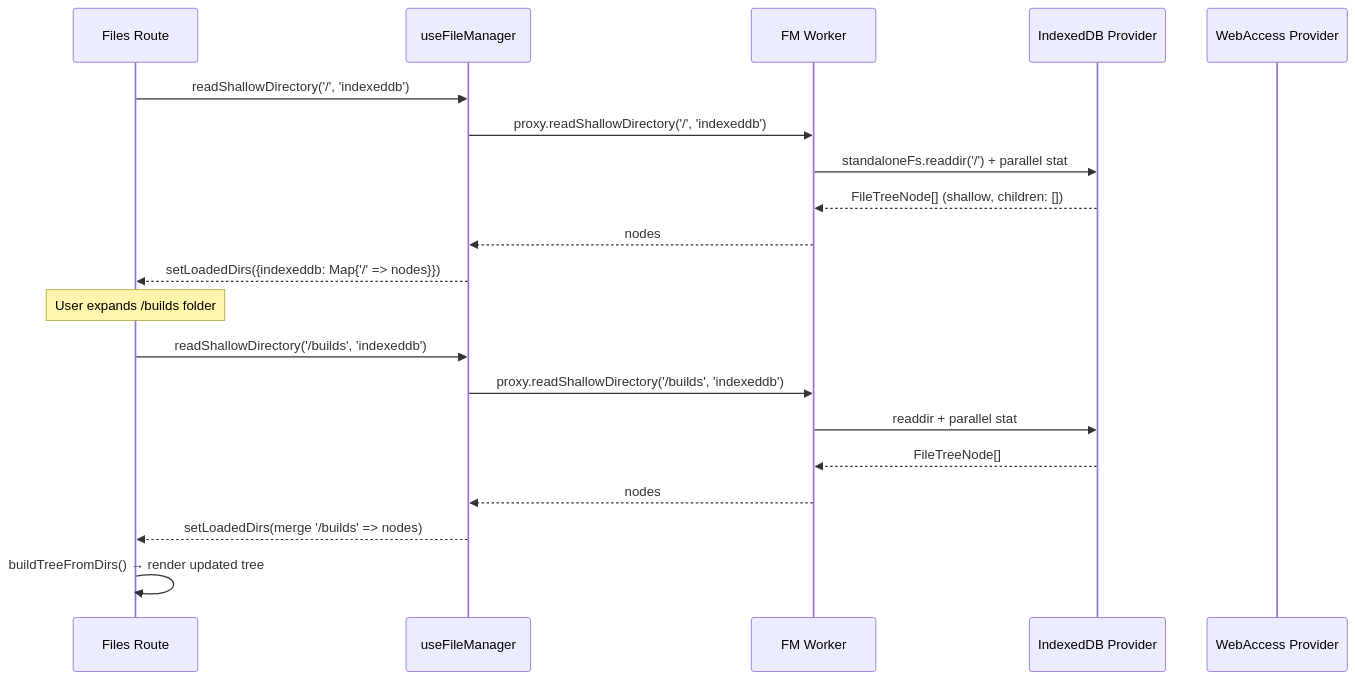
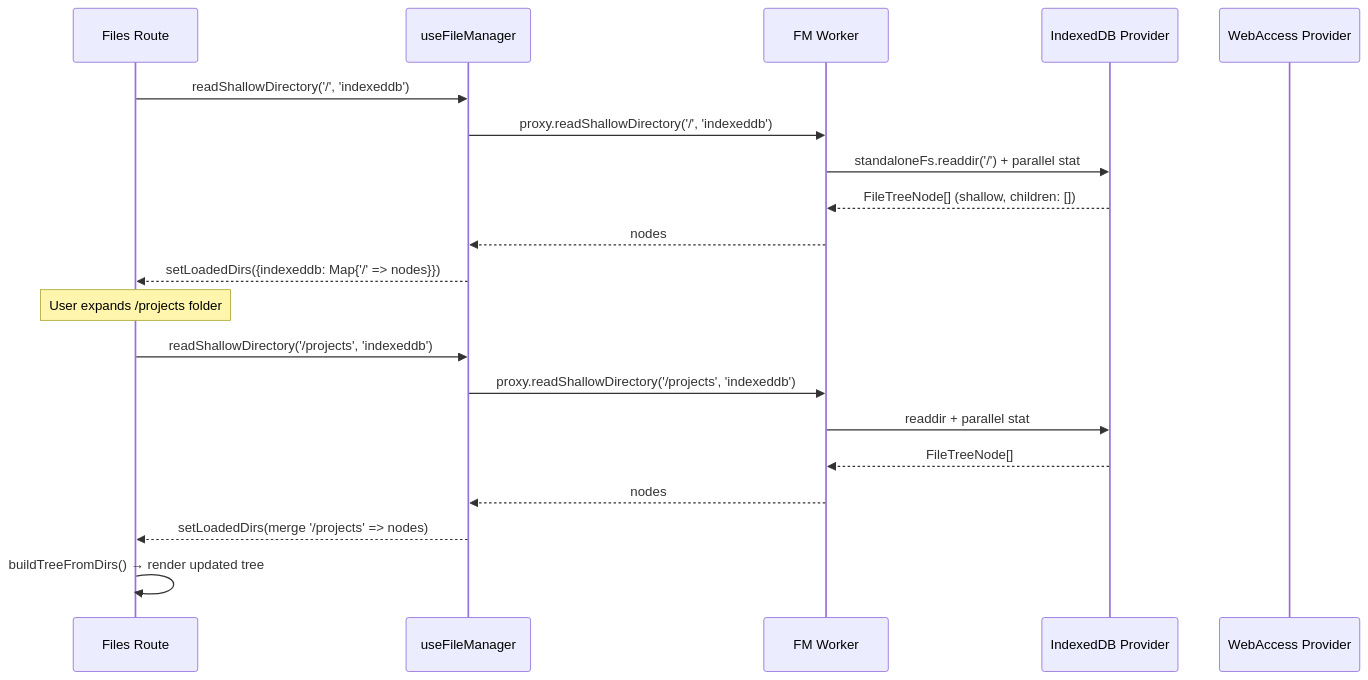
One commit to xupeiwust/tau changed the eighth of 14 diagrams in docs/research/filesystem-architecture.md. Above: the diagram before and after it, drawn with Mermaid. The commit also changed other lines of this file and 305 other files, not shown here.

Commit message:
chore(root): rename builds to projects

````diff
--- a/docs/research/filesystem-architecture.md
+++ b/docs/research/filesystem-architecture.md
@@ -379,24 +379,24 @@
 ```mermaid
 sequenceDiagram
     participant Route as Files Route
     participant Hook as useFileManager
     participant Worker as FM Worker
     participant IDB as IndexedDB Provider
     participant WA as WebAccess Provider
 
     Route->>Hook: readShallowDirectory('/', 'indexeddb')
     Hook->>Worker: proxy.readShallowDirectory('/', 'indexeddb')
     Worker->>IDB: standaloneFs.readdir('/') + parallel stat
     IDB-->>Worker: FileTreeNode[] (shallow, children: [])
     Worker-->>Hook: nodes
     Hook-->>Route: setLoadedDirs({indexeddb: Map{'/' => nodes}})
 
-    Note over Route: User expands /builds folder
-    Route->>Hook: readShallowDirectory('/builds', 'indexeddb')
-    Hook->>Worker: proxy.readShallowDirectory('/builds', 'indexeddb')
+    Note over Route: User expands /projects folder
+    Route->>Hook: readShallowDirectory('/projects', 'indexeddb')
+    Hook->>Worker: proxy.readShallowDirectory('/projects', 'indexeddb')
     Worker->>IDB: readdir + parallel stat
     IDB-->>Worker: FileTreeNode[]
     Worker-->>Hook: nodes
-    Hook-->>Route: setLoadedDirs(merge '/builds' => nodes)
+    Hook-->>Route: setLoadedDirs(merge '/projects' => nodes)
     Route->>Route: buildTreeFromDirs() → render updated tree
 ```
````
